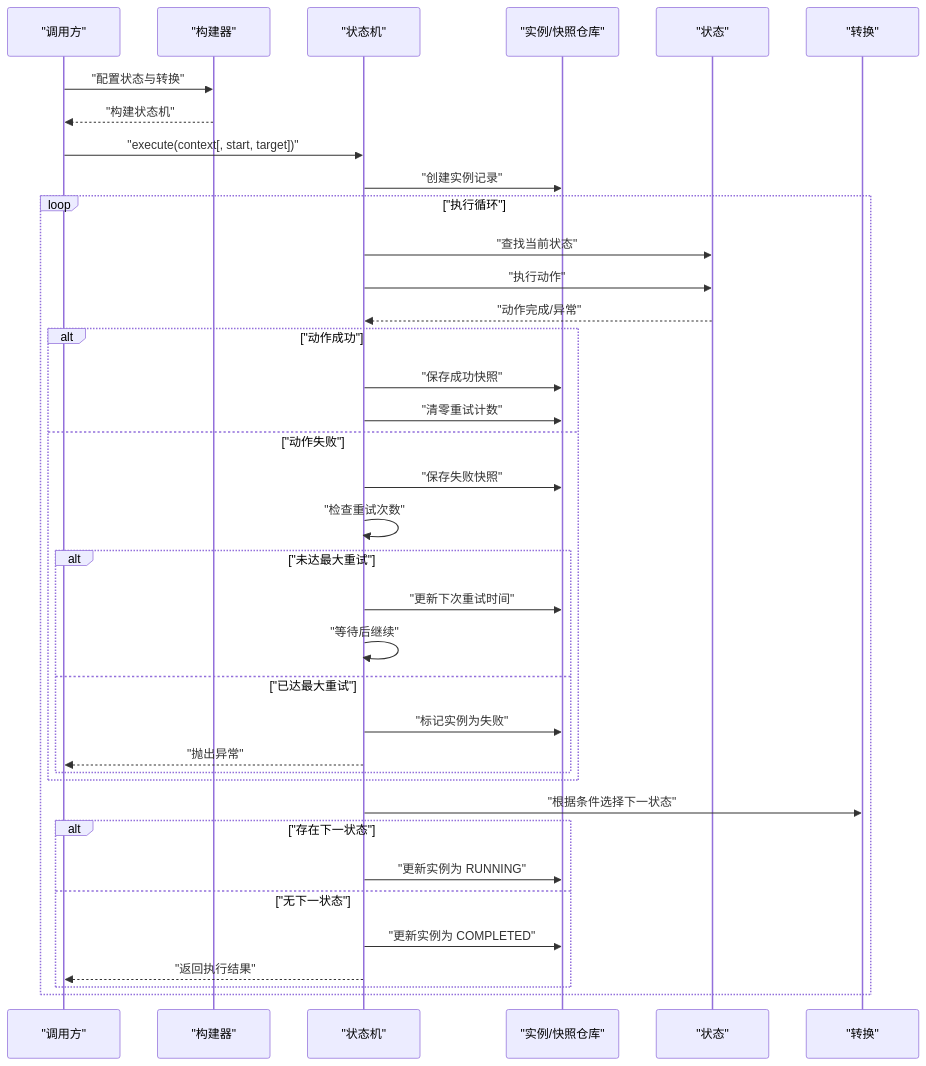
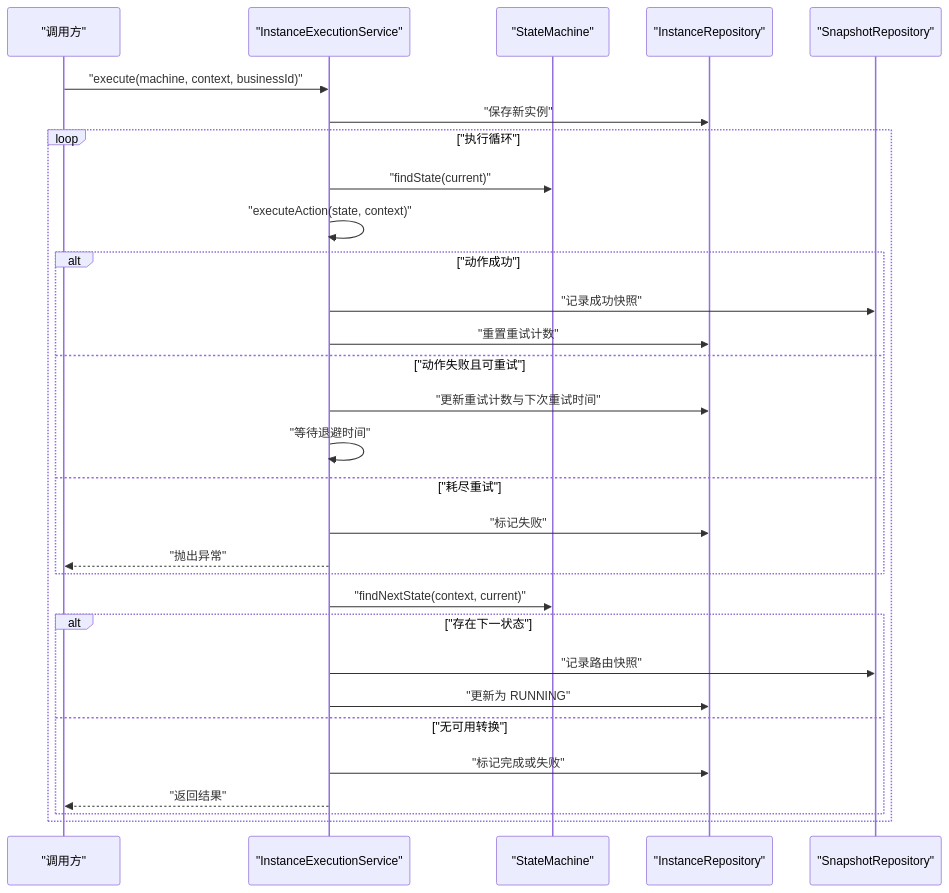
Before and after one commit to xiaoche80s-tech/state-machine-parent: the fifth of 7 diagrams in .qoder/repowiki/zh/content/核心概念/核心概念.md, drawn with Mermaid. The commit also changed other lines of this file and 97 other files, not shown here.

````diff
--- a/.qoder/repowiki/zh/content/核心概念/核心概念.md
+++ b/.qoder/repowiki/zh/content/核心概念/核心概念.md
@@ -169,39 +282,32 @@
 ```mermaid
 sequenceDiagram
 participant Caller as "调用方"
-participant Builder as "构建器"
-participant Machine as "状态机"
-participant Repo as "实例/快照仓库"
-participant State as "状态"
-participant Trans as "转换"
-Caller->>Builder : "配置状态与转换"
-Builder-->>Caller : "构建状态机"
-Caller->>Machine : "execute(context[, start, target])"
-Machine->>Repo : "创建实例记录"
+participant Svc as "InstanceExecutionService"
+participant SM as "StateMachine"
+participant Repo as "InstanceRepository"
+participant Snap as "SnapshotRepository"
+Caller->>Svc : "execute(machine, context, businessId)"
+Svc->>Repo : "保存新实例"
 loop "执行循环"
-Machine->>State : "查找当前状态"
-Machine->>State : "执行动作"
-State-->>Machine : "动作完成/异常"
+Svc->>SM : "findState(current)"
+Svc->>Svc : "executeAction(state, context)"
 alt "动作成功"
-Machine->>Repo : "保存成功快照"
-Machine->>Repo : "清零重试计数"
-else "动作失败"
-Machine->>Repo : "保存失败快照"
-Machine->>Machine : "检查重试次数"
-alt "未达最大重试"
-Machine->>Repo : "更新下次重试时间"
-Machine->>Machine : "等待后继续"
-else "已达最大重试"
-Machine->>Repo : "标记实例为失败"
-Machine-->>Caller : "抛出异常"
+Svc->>Snap : "记录成功快照"
+Svc->>Repo : "重置重试计数"
+else "动作失败且可重试"
+Svc->>Repo : "更新重试计数与下次重试时间"
+Svc->>Svc : "等待退避时间"
+else "耗尽重试"
+Svc->>Repo : "标记失败"
+Svc-->>Caller : "抛出异常"
 end
-end
-Machine->>Trans : "根据条件选择下一状态"
+Svc->>SM : "findNextState(context, current)"
 alt "存在下一状态"
-Machine->>Repo : "更新实例为 RUNNING"
-else "无下一状态"
-Machine->>Repo : "更新实例为 COMPLETED"
-Machine-->>Caller : "返回执行结果"
+Svc->>Snap : "记录路由快照"
+Svc->>Repo : "更新为 RUNNING"
+else "无可用转换"
+Svc->>Repo : "标记完成或失败"
+Svc-->>Caller : "返回结果"
 end
 end
 ```
````
